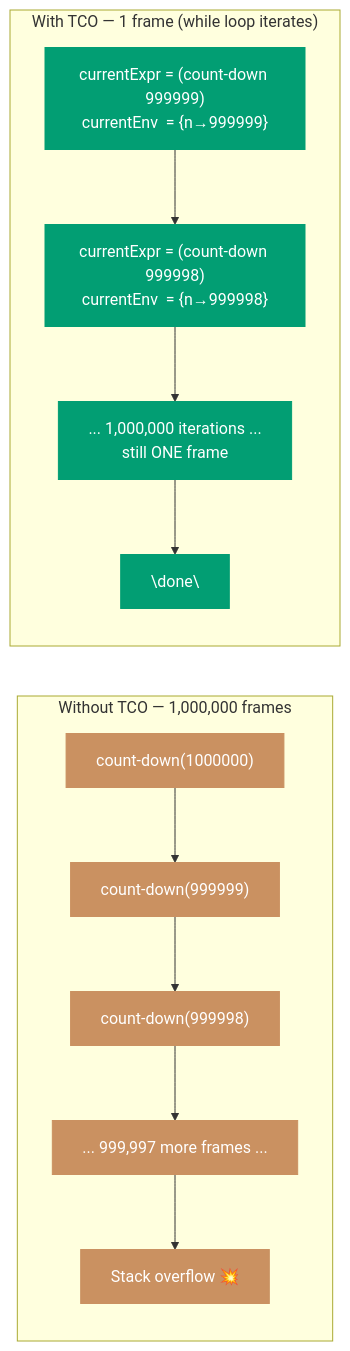
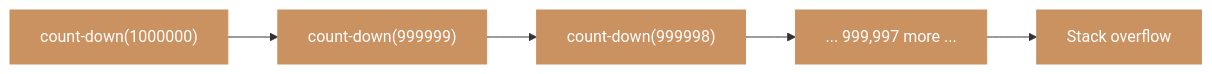
Before and after one commit to wahidyankf/open-sharia-enterprise: diagram 16 of 21 in apps/ayokoding-web/content/en/learn/software-engineering/compilers-and-interpreters/lisp-interpreter-in-fsharp/part-6-tail-call-optimization.md, drawn with Mermaid. The commit also changed other lines of this file and 6 other files, not shown here.

First line of the commit message:
fix(ayokoding-web): fix mermaid parse errors and split comparison diagrams

````diff
--- a/apps/ayokoding-web/content/en/learn/software-engineering/compilers-and-interpreters/lisp-interpreter-in-fsharp/part-6-tail-call-optimization.md
+++ b/apps/ayokoding-web/content/en/learn/software-engineering/compilers-and-interpreters/lisp-interpreter-in-fsharp/part-6-tail-call-optimization.md
@@ -338,26 +329,8 @@
 ```mermaid
 %% Color palette: Blue #0173B2, Orange #DE8F05, Teal #029E73, Purple #CC78BC, Brown #CA9161, Gray #808080
 flowchart LR
-    subgraph WithoutTCO["Without TCO — 1,000,000 frames"]
-        W1["count-down(1000000)"]
-        W2["count-down(999999)"]
-        W3["count-down(999998)"]
-        Wd["... 999,997 more frames ..."]
-        We["Stack overflow 💥"]
-        W1 --> W2 --> W3 --> Wd --> We
-    end
-
-    subgraph WithTCO["With TCO — 1 frame (while loop iterates)"]
-        T1["currentExpr = (count-down 999999)\ncurrentEnv  = {n→999999}"]
-        T2["currentExpr = (count-down 999998)\ncurrentEnv  = {n→999998}"]
-        T3["... 1,000,000 iterations ...\nstill ONE frame"]
-        T4["\"done\""]
-        T1 --> T2 --> T3 --> T4
-    end
+    W1["count-down(1000000)"] --> W2["count-down(999999)"] --> W3["count-down(999998)"] --> Wd["... 999,997 more ..."] --> We["Stack overflow"]
 
     classDef brown fill:#CA9161,color:#fff,stroke:#CA9161
-    classDef teal fill:#029E73,color:#fff,stroke:#029E73
-
     class W1,W2,W3,Wd,We brown
-    class T1,T2,T3,T4 teal
 ```
````
